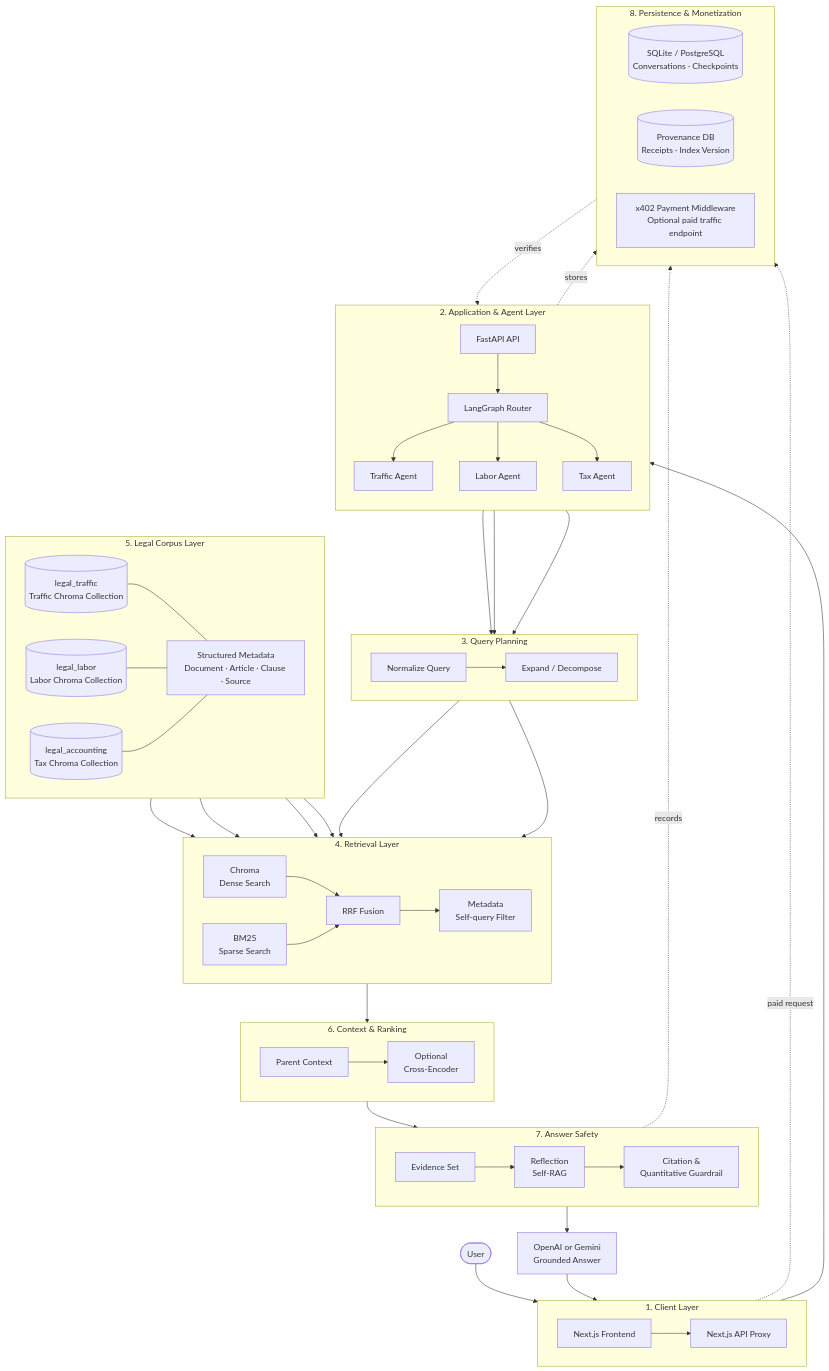
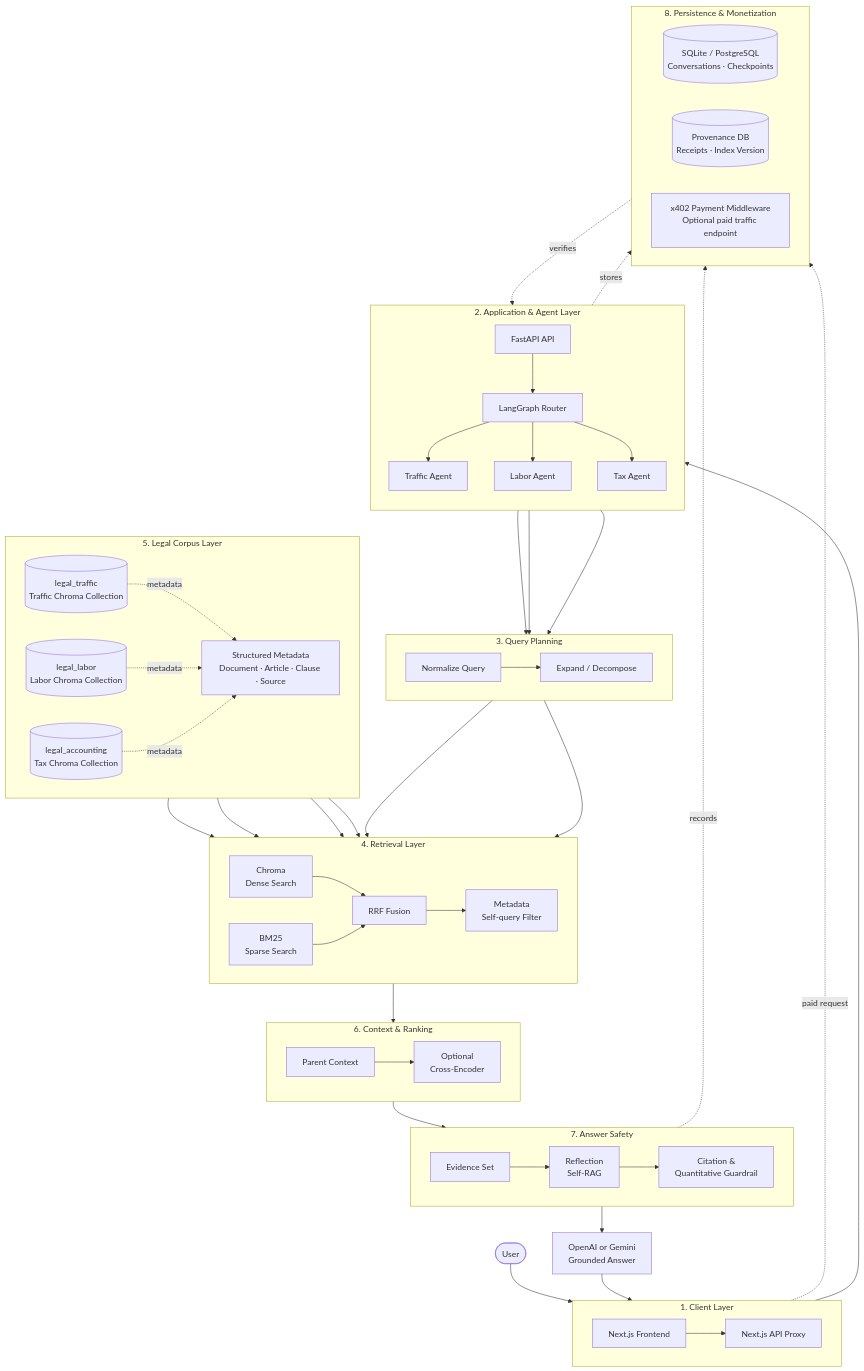
Before and after one commit to minhtangithu0b123/Trust-Agent: the first of 2 diagrams in README.md, drawn with Mermaid. The commit also changed other lines of this file, not shown here.

Commit message:
docs: clarify architecture diagram notation

````diff
--- a/README.md
+++ b/README.md
@@ -94,82 +94,82 @@
 ```mermaid
 flowchart TD
     U([User])
 
     subgraph CLIENT[1. Client Layer]
         direction LR
         FE[Next.js Frontend] --> PROXY[Next.js API Proxy]
     end
 
     subgraph ORCH[2. Application & Agent Layer]
         direction TB
         API[FastAPI API] --> ROUTER[LangGraph Router]
         ROUTER --> TRAFFIC[Traffic Agent]
         ROUTER --> LABOR[Labor Agent]
         ROUTER --> TAX[Tax Agent]
     end
 
     subgraph PLAN[3. Query Planning]
         direction LR
         NORMALIZE[Normalize Query] --> EXPAND[Expand / Decompose]
     end
 
     subgraph RETRIEVAL[4. Retrieval Layer]
         direction LR
         DENSE[Chroma<br/>Dense Search]
         SPARSE[BM25<br/>Sparse Search]
         RRF[RRF Fusion]
         FILTER[Metadata<br/>Self-query Filter]
         DENSE --> RRF
         SPARSE --> RRF
         RRF --> FILTER
     end
 
     subgraph CORPUS[5. Legal Corpus Layer]
         direction LR
         TRAFFIC_DB[(legal_traffic<br/>Traffic Chroma Collection)]
         LABOR_DB[(legal_labor<br/>Labor Chroma Collection)]
         TAX_DB[(legal_accounting<br/>Tax Chroma Collection)]
         META[Structured Metadata<br/>Document · Article · Clause · Source]
-        TRAFFIC_DB --- META
-        LABOR_DB --- META
-        TAX_DB --- META
+        TRAFFIC_DB -. metadata .-> META
+        LABOR_DB -. metadata .-> META
+        TAX_DB -. metadata .-> META
     end
 
     subgraph CONTEXT[6. Context & Ranking]
         direction LR
         PARENT[Parent Context] --> RERANK[Optional<br/>Cross-Encoder]
     end
 
     subgraph SAFETY[7. Answer Safety]
         direction LR
         EVIDENCE[Evidence Set] --> REFLECT[Reflection<br/>Self-RAG] --> GUARD[Citation &<br/>Quantitative Guardrail]
     end
 
     MODEL[OpenAI or Gemini<br/>Grounded Answer]
 
     subgraph PERSIST[8. Persistence & Monetization]
         direction LR
         MEMORY[(SQLite / PostgreSQL<br/>Conversations · Checkpoints)]
         PROVENANCE[(Provenance DB<br/>Receipts · Index Version)]
         X402[x402 Payment Middleware<br/>Optional paid traffic endpoint]
     end
 
     U --> FE
     PROXY --> API
     TRAFFIC --> NORMALIZE
     LABOR --> NORMALIZE
     TAX --> NORMALIZE
     EXPAND --> DENSE
     EXPAND --> SPARSE
     FILTER --> PARENT
     TRAFFIC_DB --> DENSE
     LABOR_DB --> DENSE
     TAX_DB --> DENSE
     META --> FILTER
     RERANK --> EVIDENCE
     GUARD --> MODEL
     MODEL --> PROXY
     API -. stores .-> MEMORY
     GUARD -. records .-> PROVENANCE
     PROXY -. paid request .-> X402 -. verifies .-> API
 ```
````
